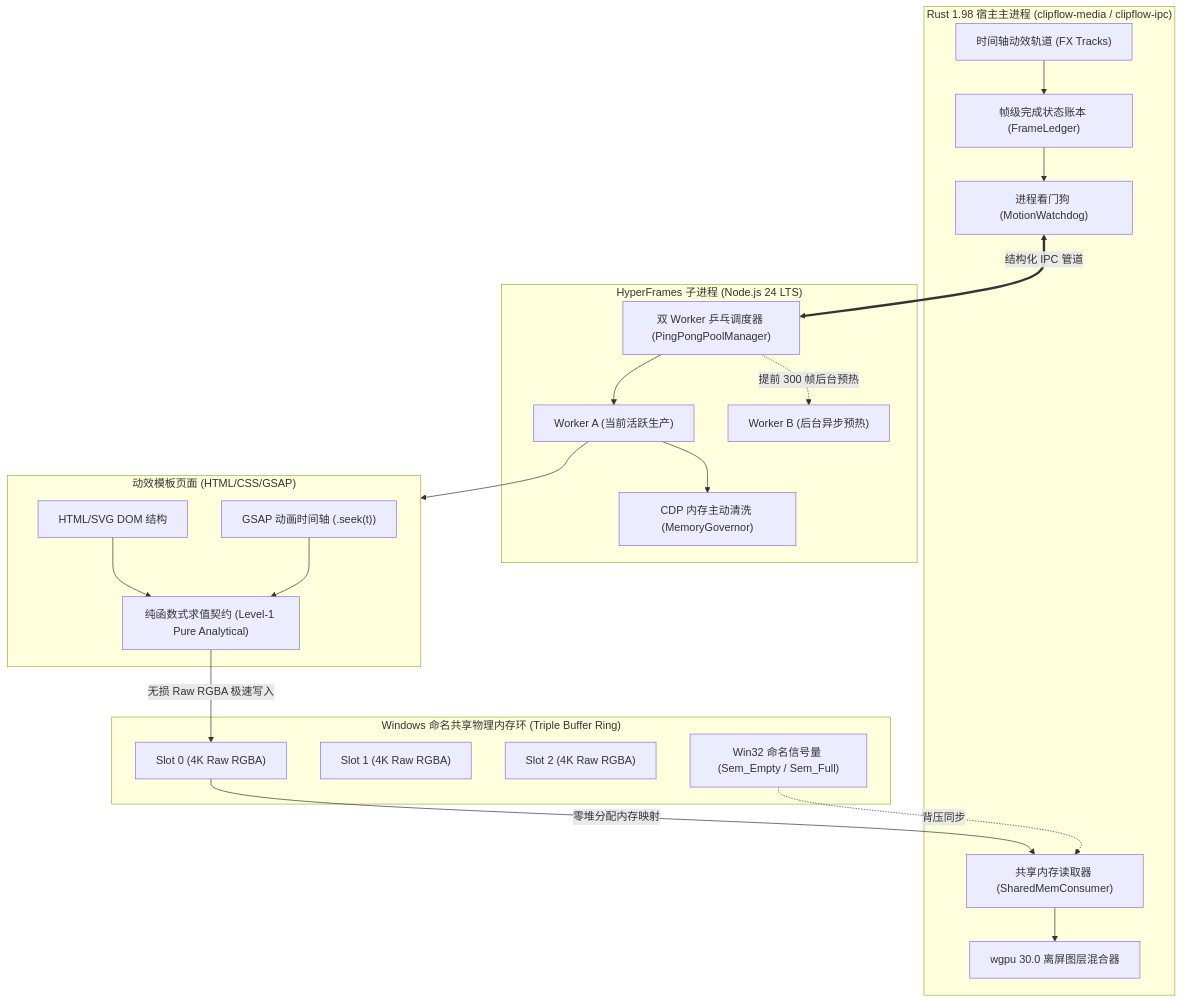
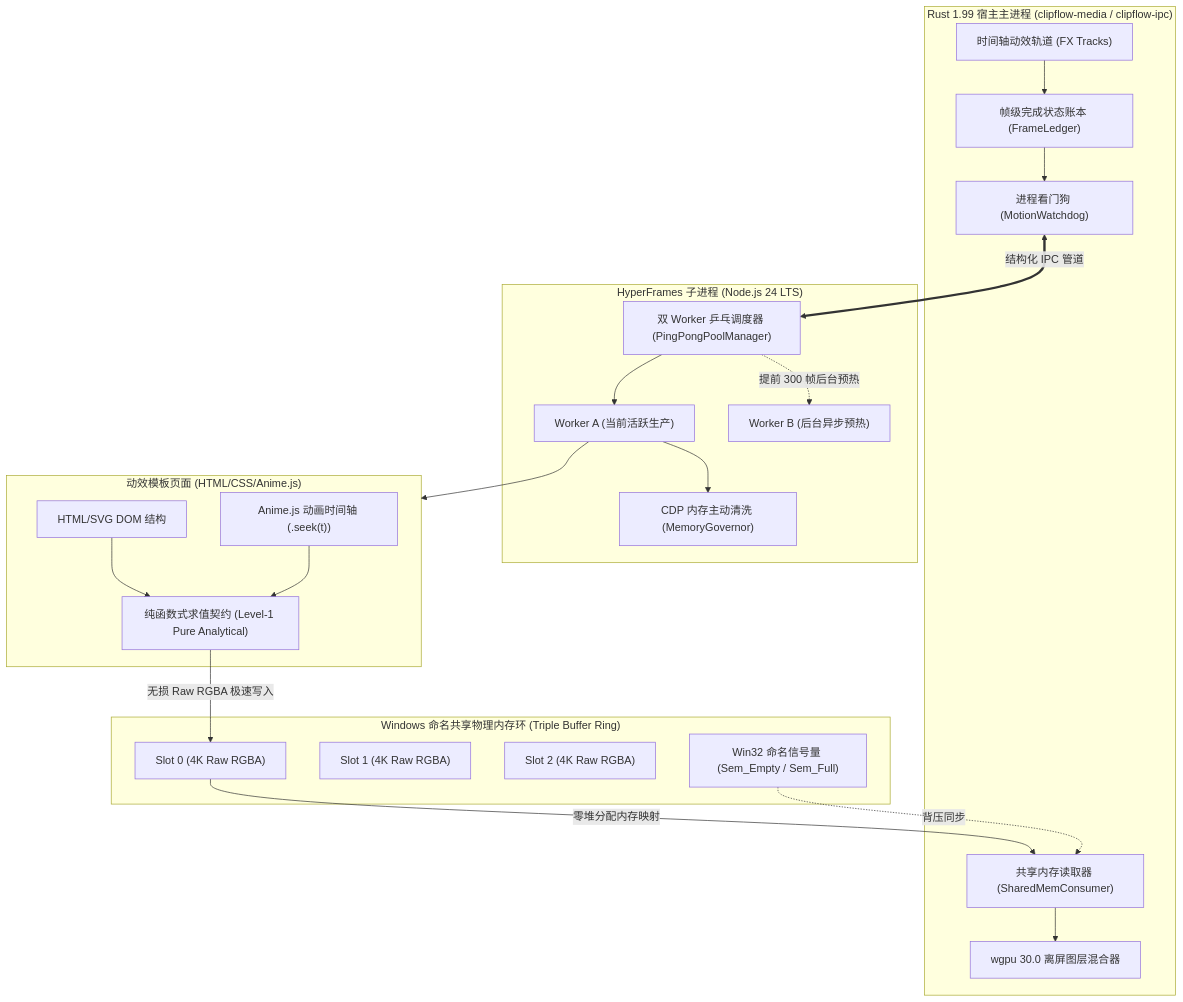
One commit to qiuku2022/ClipFlow changed the first of 2 diagrams in docs/hyperframes-spec.md. Above: the diagram before and after it, drawn with Mermaid. The commit also changed other lines of this file and 21 other files, not shown here.

````diff
--- a/docs/hyperframes-spec.md
+++ b/docs/hyperframes-spec.md
@@ -14,44 +14,44 @@
 ```mermaid
 flowchart TD
-    subgraph Rust_Host ["Rust 1.98 宿主主进程 (clipflow-media / clipflow-ipc)"]
+    subgraph Rust_Host ["Rust 1.99 宿主主进程 (clipflow-media / clipflow-ipc)"]
         TimelineCore["时间轴动效轨道 (FX Tracks)"]
         FrameLedger["帧级完成状态账本 (FrameLedger)"]
         SharedMemConsumer["共享内存读取器 (SharedMemConsumer)"]
         WgpuCompositor["wgpu 30.0 离屏图层混合器"]
         Watchdog["进程看门狗 (MotionWatchdog)"]
 
         TimelineCore --> FrameLedger --> Watchdog
         SharedMemConsumer --> WgpuCompositor
     end
 
     subgraph OS_Shared_Memory ["Windows 命名共享物理内存环 (Triple Buffer Ring)"]
         Slot0["Slot 0 (4K Raw RGBA)"]
         Slot1["Slot 1 (4K Raw RGBA)"]
         Slot2["Slot 2 (4K Raw RGBA)"]
         Semaphores["Win32 命名信号量 (Sem_Empty / Sem_Full)"]
     end
 
     subgraph Node_Worker ["HyperFrames 子进程 (Node.js 24 LTS)"]
         PoolManager["双 Worker 乒乓调度器 (PingPongPoolManager)"]
         WorkerA["Worker A (当前活跃生产)"]
         WorkerB["Worker B (后台异步预热)"]
         MemoryGov["CDP 内存主动清洗 (MemoryGovernor)"]
         
         PoolManager --> WorkerA
         PoolManager -.->|提前 300 帧后台预热| WorkerB
         WorkerA --> MemoryGov
     end
 
-    subgraph Web_Template ["动效模板页面 (HTML/CSS/GSAP)"]
+    subgraph Web_Template ["动效模板页面 (HTML/CSS/Anime.js)"]
         DOM["HTML/SVG DOM 结构"]
-        GSAP_Timeline["GSAP 动画时间轴 (.seek(t))"]
+        Anime_Timeline["Anime.js 动画时间轴 (.seek(t))"]
         PureContract["纯函数式求值契约 (Level-1 Pure Analytical)"]
-        DOM & GSAP_Timeline --> PureContract
+        DOM & Anime_Timeline --> PureContract
     end
 
     Watchdog <==>|结构化 IPC 管道| PoolManager
     WorkerA --> Web_Template
     PureContract -->|无损 Raw RGBA 极速写入| Slot0
     Slot0 -->|零堆分配内存映射| SharedMemConsumer
     Semaphores -.->|背压同步| SharedMemConsumer
 ```
````
